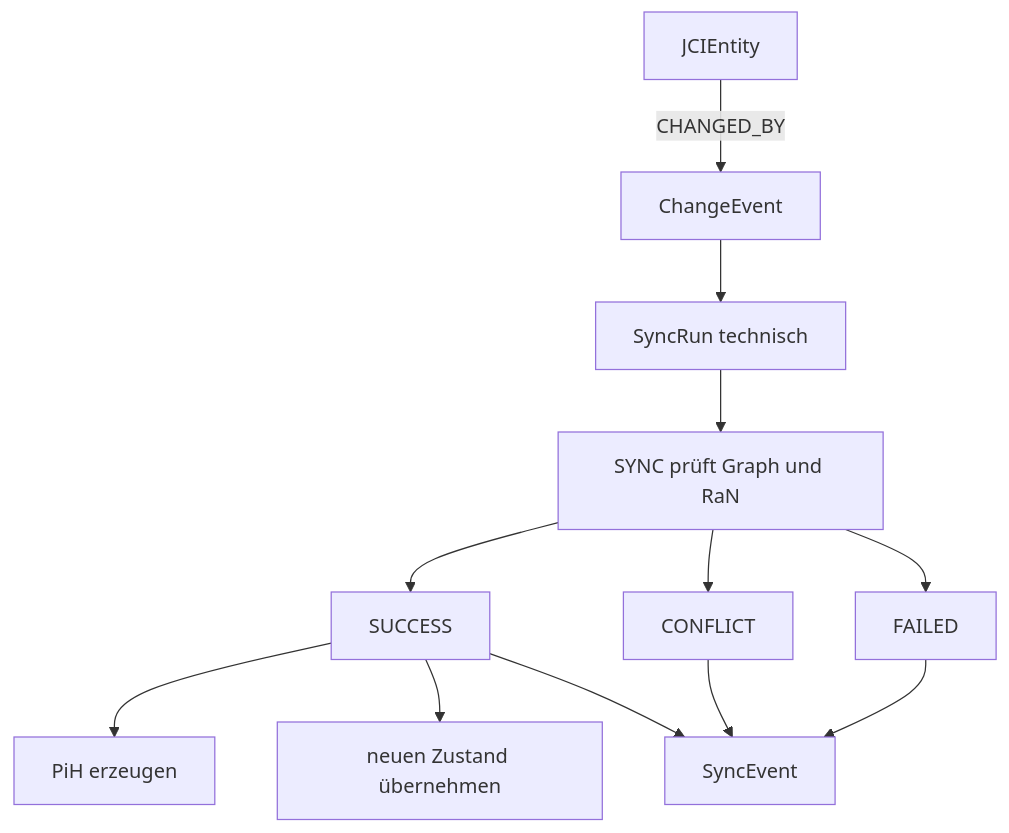
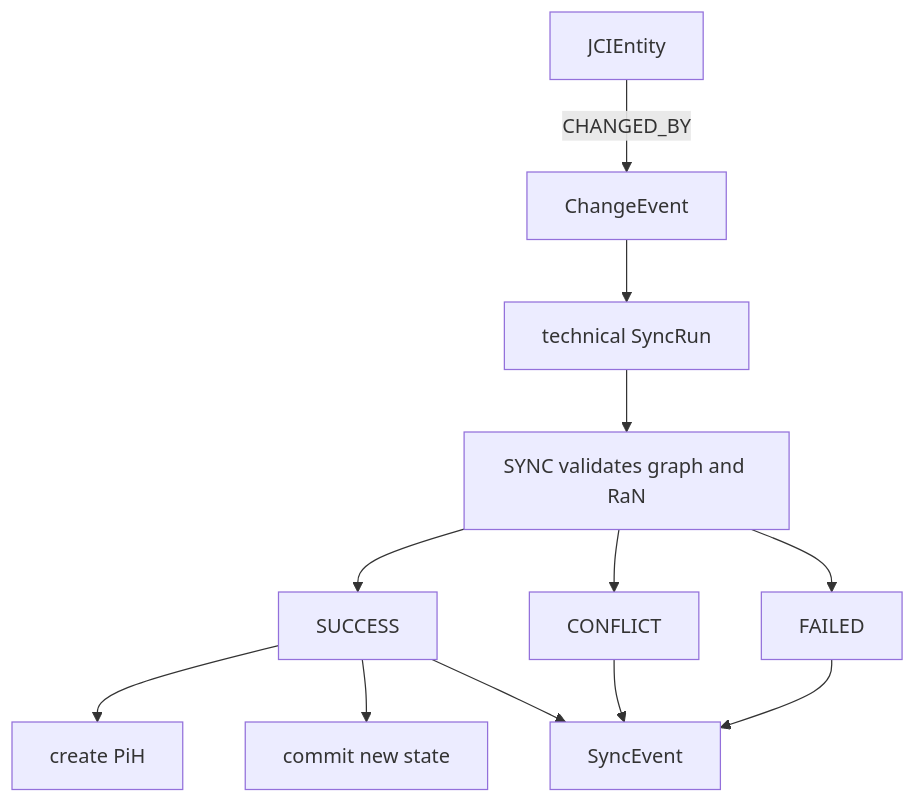
One commit to eeimicke/junaco-jci-loop changed the diagram in docs/diagrams/sources/sync-history.mmd. Above: the diagram before and after it, drawn with Mermaid. The commit also changed 18 other files, not shown here.

```diff
--- a/docs/diagrams/sources/sync-history.mmd
+++ b/docs/diagrams/sources/sync-history.mmd
@@ -1,12 +1,12 @@
 flowchart TD
     Entity[JCIEntity] -->|CHANGED_BY| ChangeEvent
-    ChangeEvent --> Run[SyncRun technisch]
-    Run --> Check[SYNC prüft Graph und RaN]
+    ChangeEvent --> Run[technical SyncRun]
+    Run --> Check[SYNC validates graph and RaN]
     Check --> Success[SUCCESS]
     Check --> Conflict[CONFLICT]
     Check --> Failed[FAILED]
-    Success --> History[PiH erzeugen]
-    Success --> Current[neuen Zustand übernehmen]
+    Success --> History[create PiH]
+    Success --> Current[commit new state]
     Success --> SyncEvent
     Conflict --> SyncEvent
     Failed --> SyncEvent
```
